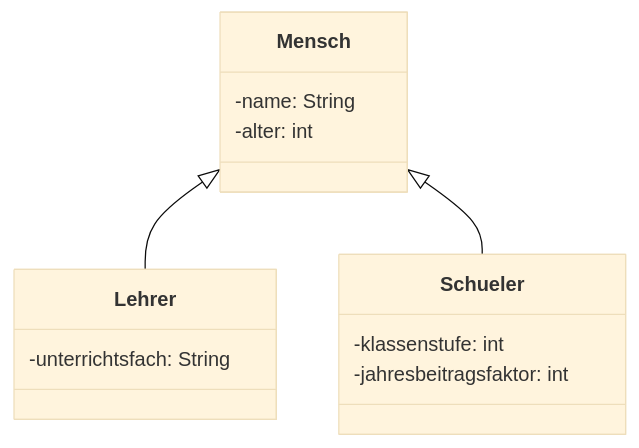
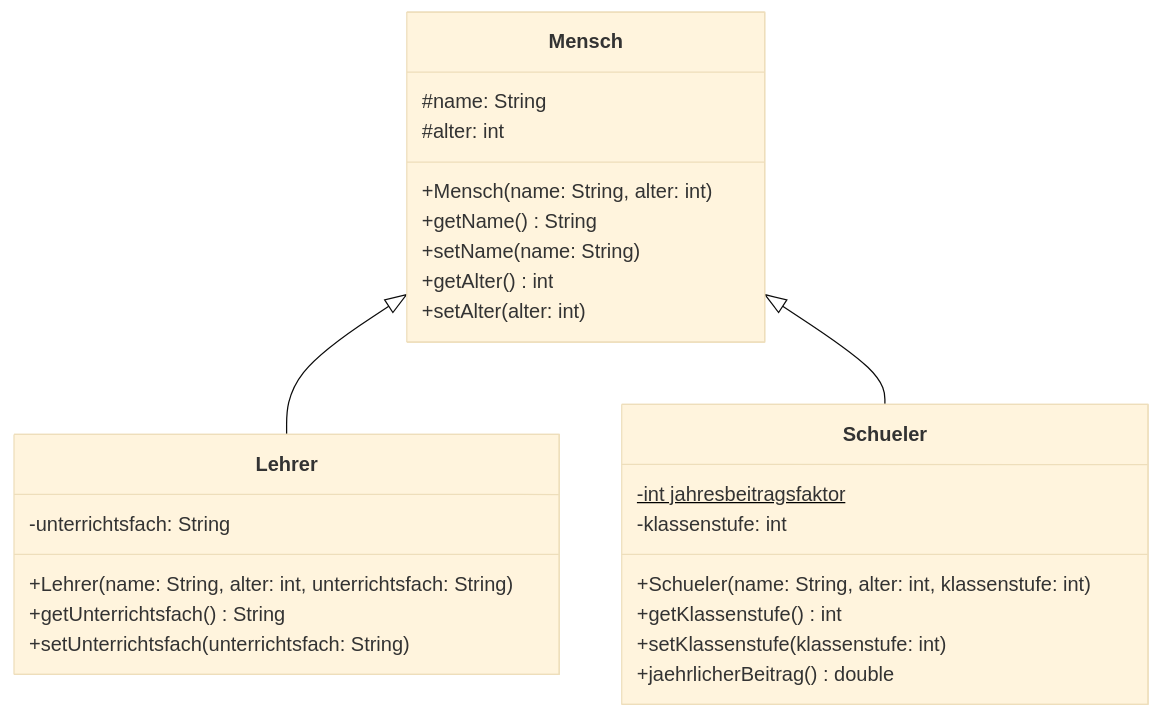
The diagram in src/net/bdweb/gds2/pr1_x280_x290_Vererbung/ab30/a11_schulverwaltung/Klassendiagramm.md (bdwebnet/pr1), drawn with Mermaid (base theme) before and after one commit. The commit also changed 3 other files, not shown here.

````diff
--- a/src/net/bdweb/gds2/pr1_x280_x290_Vererbung/ab30/a11_schulverwaltung/Klassendiagramm.md
+++ b/src/net/bdweb/gds2/pr1_x280_x290_Vererbung/ab30/a11_schulverwaltung/Klassendiagramm.md
@@ -3,19 +3,31 @@
 ```mermaid
 classDiagram
     class Mensch {
-        -name: String
-        -alter: int
+        #name: String
+        #alter: int
+        +Mensch(name: String, alter: int)
+        +getName() String
+        +setName(name: String)
+        +getAlter() int
+        +setAlter(alter: int)
     }
     
     class Lehrer {
         -unterrichtsfach: String
+        +Lehrer(name: String, alter: int, unterrichtsfach: String)
+        +getUnterrichtsfach() String
+        +setUnterrichtsfach(unterrichtsfach: String)
     }
     
     class Schueler {
+        -int jahresbeitragsfaktor$
         -klassenstufe: int
-        -jahresbeitragsfaktor: int
+        +Schueler(name: String, alter: int, klassenstufe: int)
+        +getKlassenstufe() int
+        +setKlassenstufe(klassenstufe: int)
+        +jaehrlicherBeitrag() double
     }
     
     Mensch <|-- Lehrer
     Mensch <|-- Schueler
 ```
````
